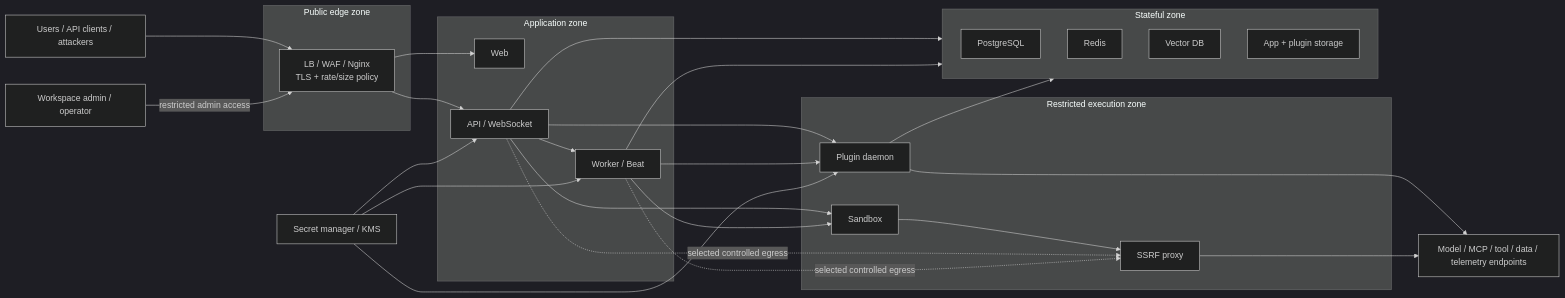
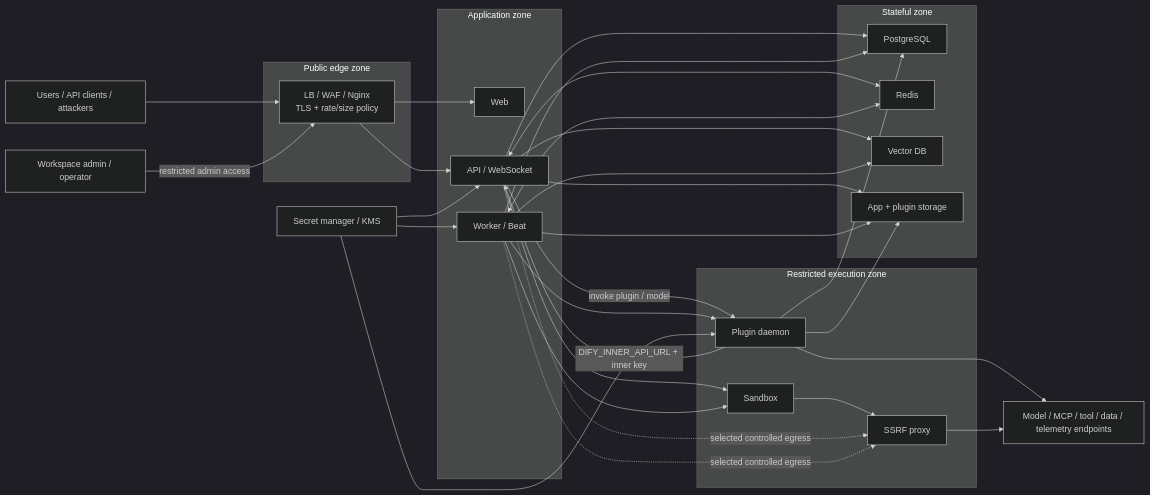
One commit to ghubprojects/dify-research changed the diagram in docs/dify-technical-guide/part-2-deployment-playbook/13-security-hardening.md. Above: the diagram before and after it, drawn with Mermaid (dark theme). The commit also changed other lines of this file and 33 other files, not shown here.

````diff
--- a/docs/dify-technical-guide/part-2-deployment-playbook/13-security-hardening.md
+++ b/docs/dify-technical-guide/part-2-deployment-playbook/13-security-hardening.md
@@ -100,52 +101,59 @@
 ```mermaid
 flowchart LR
     Internet["Users / API clients / attackers"]
     Admin["Workspace admin / operator"]
 
     subgraph Edge["Public edge zone"]
         WAF["LB / WAF / Nginx\nTLS + rate/size policy"]
     end
 
     subgraph App["Application zone"]
         Web["Web"]
         API["API / WebSocket"]
         Worker["Worker / Beat"]
     end
 
     subgraph Exec["Restricted execution zone"]
         Plugin["Plugin daemon"]
         Sandbox["Sandbox"]
         Proxy["SSRF proxy"]
     end
 
     subgraph Data["Stateful zone"]
         DB["PostgreSQL"]
         Redis["Redis"]
         Vector["Vector DB"]
         Storage["App + plugin storage"]
     end
 
     External["Model / MCP / tool / data / telemetry endpoints"]
     Secrets["Secret manager / KMS"]
 
     Internet --> WAF
     Admin -->|"restricted admin access"| WAF
     WAF --> Web
     WAF --> API
-    API --> Worker
-    API --> Plugin
+    API <--> Redis
+    Worker <--> Redis
+    API -->|"invoke plugin / model"| Plugin
+    Plugin -->|"DIFY_INNER_API_URL + inner key"| API
     Worker --> Plugin
     API --> Sandbox
     Worker --> Sandbox
     Sandbox --> Proxy
-    API --> Data
-    Worker --> Data
-    Plugin --> Data
+    API --> DB
+    API --> Vector
+    API --> Storage
+    Worker --> DB
+    Worker --> Vector
+    Worker --> Storage
+    Plugin --> DB
+    Plugin --> Storage
     Plugin --> External
     Proxy --> External
     API -.->|"selected controlled egress"| Proxy
     Worker -.->|"selected controlled egress"| Proxy
     Secrets --> API
     Secrets --> Worker
     Secrets --> Plugin
 ```
````
